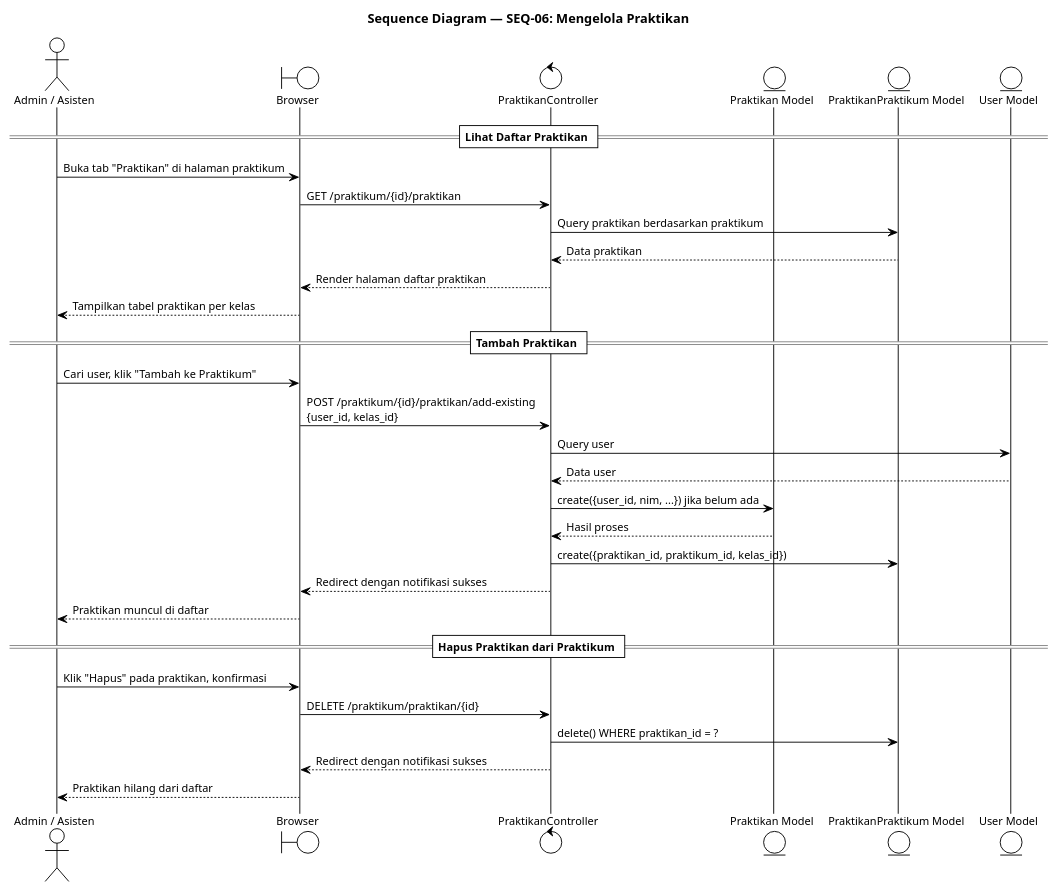
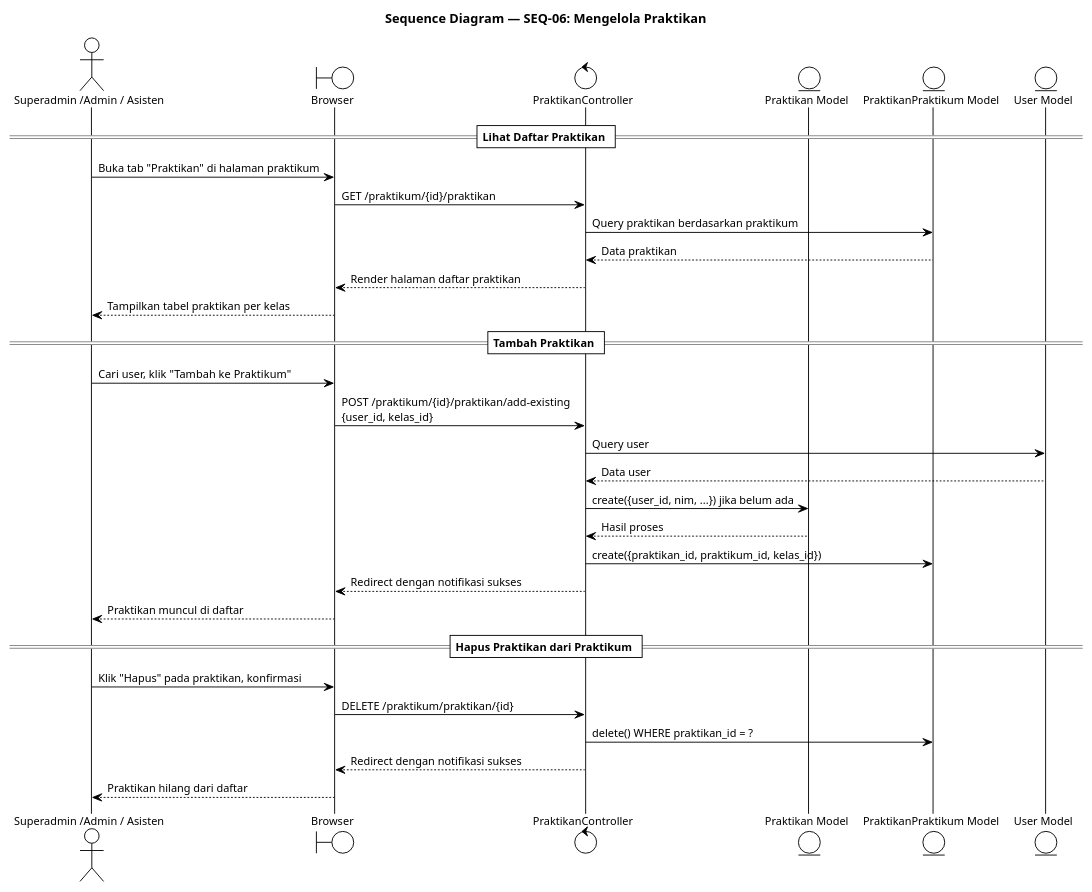
The diagram in docs/praktikum/sequence/SEQ_06_MENGELOLA_PRAKTIKAN.puml (Habiboys/SILAB-DSI), drawn with PlantUML before and after one commit. The commit also changed 261 other files, not shown here.

```diff
--- a/docs/praktikum/sequence/SEQ_06_MENGELOLA_PRAKTIKAN.puml
+++ b/docs/praktikum/sequence/SEQ_06_MENGELOLA_PRAKTIKAN.puml
@@ -1,49 +1,49 @@
 @startuml SEQ_06_MENGELOLA_PRAKTIKAN
 !theme plain
 skinparam defaultFontSize 12
 skinparam TitleFontSize 14
 title Sequence Diagram — SEQ-06: Mengelola Praktikan
 
-actor       "Admin / Asisten"   as User
+actor       "Superadmin /Admin / Asisten"   as User
 boundary    "Browser"           as Browser
 control     "PraktikanController" as Controller
 entity      "Praktikan Model"   as ModelPK
 entity      "PraktikanPraktikum Model" as Pivot
 entity      "User Model"        as ModelU
 
 == Lihat Daftar Praktikan ==
 
 User    ->  Browser    : Buka tab "Praktikan" di halaman praktikum
 
 Browser ->  Controller : GET /praktikum/{id}/praktikan
 
 Controller -> Pivot    : Query praktikan berdasarkan praktikum
 Pivot --> Controller   : Data praktikan
 Controller --> Browser : Render halaman daftar praktikan
 Browser    --> User    : Tampilkan tabel praktikan per kelas
 
 == Tambah Praktikan ==
 
 User    ->  Browser    : Cari user, klik "Tambah ke Praktikum"
 
 Browser ->  Controller : POST /praktikum/{id}/praktikan/add-existing\n{user_id, kelas_id}
 
 Controller -> ModelU   : Query user
 ModelU --> Controller  : Data user
 Controller -> ModelPK  : create({user_id, nim, ...}) jika belum ada
 ModelPK --> Controller : Hasil proses
 Controller -> Pivot    : create({praktikan_id, praktikum_id, kelas_id})
 Controller --> Browser : Redirect dengan notifikasi sukses
 Browser    --> User    : Praktikan muncul di daftar
 
 == Hapus Praktikan dari Praktikum ==
 
 User    ->  Browser    : Klik "Hapus" pada praktikan, konfirmasi
 
 Browser ->  Controller : DELETE /praktikum/praktikan/{id}
 
 Controller -> Pivot    : delete() WHERE praktikan_id = ?
 Controller --> Browser : Redirect dengan notifikasi sukses
 Browser    --> User    : Praktikan hilang dari daftar
 
 @enduml
```
